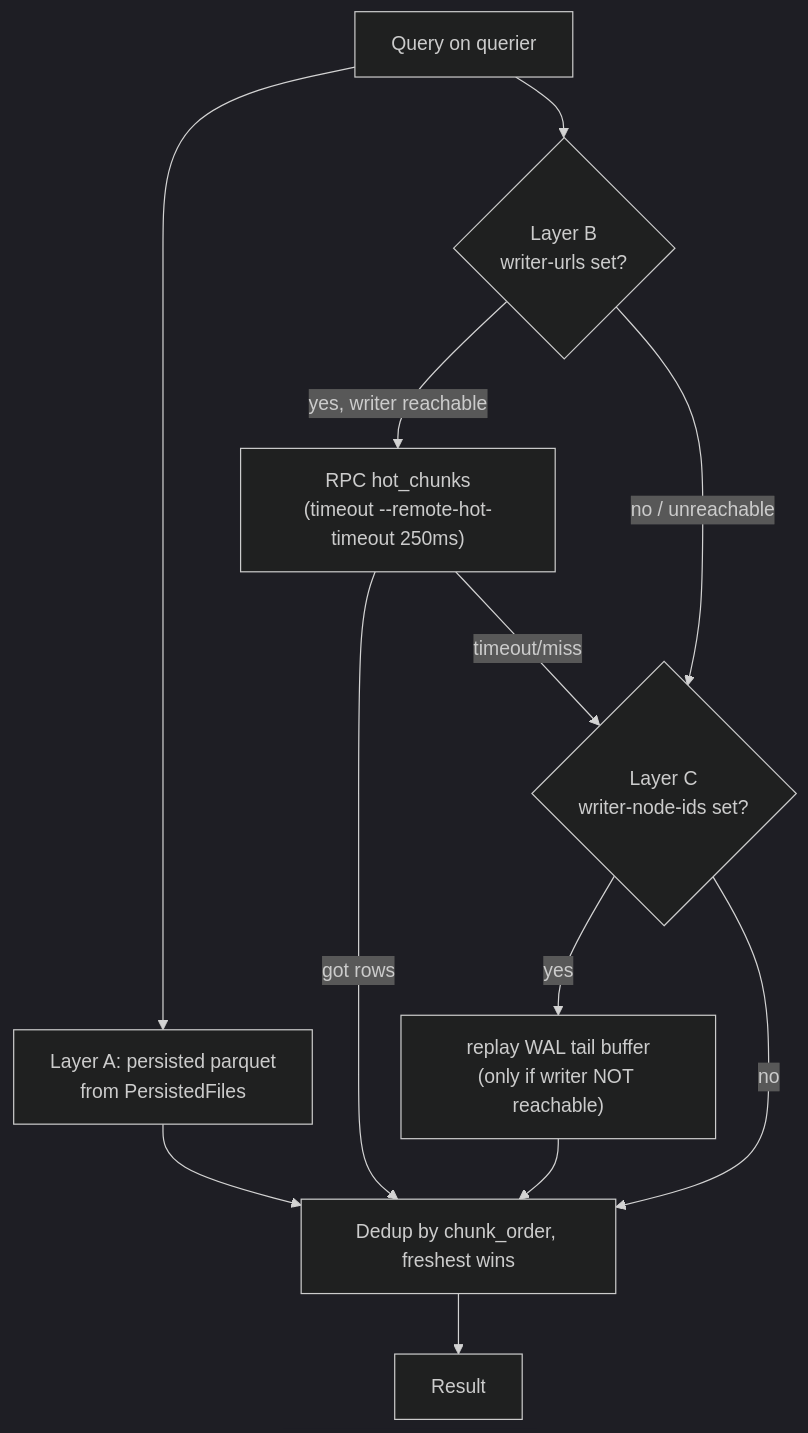
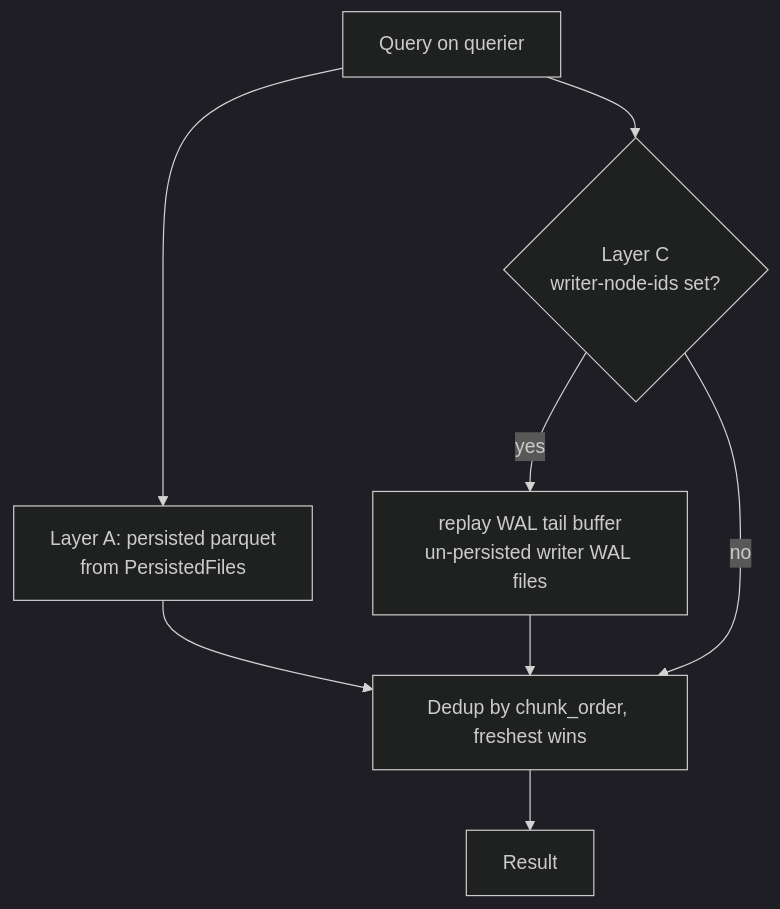
Before and after one commit to jochen42/refluxdbextended: the sixth of 6 diagrams in REFLUXEXTENDED.md, drawn with Mermaid (dark theme). The commit also changed other lines of this file and 13 other files, not shown here.

First line of the commit message:
feat(querier): remove remote hot-chunks freshness layer (Layer B)

````diff
--- a/REFLUXEXTENDED.md
+++ b/REFLUXEXTENDED.md
@@ -474,14 +471,10 @@
 ```mermaid
 flowchart TD
     Q[Query on querier] --> A[Layer A: persisted parquet<br/>from PersistedFiles]
-    Q --> B{Layer B<br/>writer-urls set?}
-    B -- yes, writer reachable --> BR["RPC hot_chunks<br/>(timeout --remote-hot-timeout 250ms)"]
-    B -- no / unreachable --> C{Layer C<br/>writer-node-ids set?}
-    BR -- got rows --> MERGE
-    BR -- timeout/miss --> C
-    C -- yes --> CT["replay WAL tail buffer<br/>(only if writer NOT reachable)"]
+    Q --> C{Layer C<br/>writer-node-ids set?}
+    C -- yes --> CT["replay WAL tail buffer<br/>un-persisted writer WAL files"]
     C -- no --> MERGE
     A --> MERGE[Dedup by chunk_order, freshest wins]
     CT --> MERGE
     MERGE --> R[Result]
 ```
````
